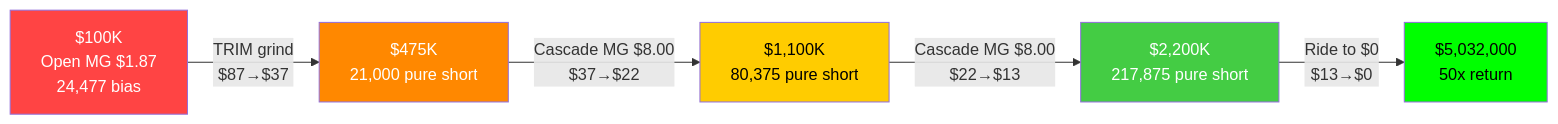
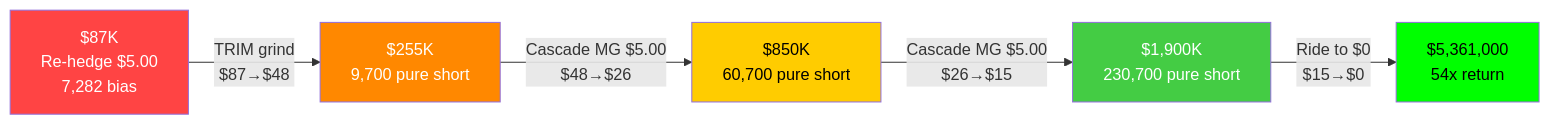
One commit to TyphooN-/MarketWizardry.org changed the diagram in blog/03262026-BBUD-Blissfully-Bankrupt-Unicorn-Destruction.md. Above: the diagram before and after it, drawn with Mermaid. The commit also changed other lines of this file, not shown here.

Commit message:
BBUD blog: PROTECT event, re-hedge at $5.00, cascade updated $87K→$5.4M (54x), 230,700 final lots

````diff
--- a/blog/03262026-BBUD-Blissfully-Bankrupt-Unicorn-Destruction.md
+++ b/blog/03262026-BBUD-Blissfully-Bankrupt-Unicorn-Destruction.md
@@ -245,12 +254,12 @@
 ```mermaid
 graph LR
-    A["$100K<br/>Open MG $1.87<br/>24,477 bias"] -->|"TRIM grind<br/>$87→$37"| B["$475K<br/>21,000 pure short"]
-    B -->|"Cascade MG $8.00<br/>$37→$22"| C["$1,100K<br/>80,375 pure short"]
-    C -->|"Cascade MG $8.00<br/>$22→$13"| D["$2,200K<br/>217,875 pure short"]
-    D -->|"Ride to $0<br/>$13→$0"| E["$5,032,000<br/>50x return"]
+    A["$87K<br/>Re-hedge $5.00<br/>7,282 bias"] -->|"TRIM grind<br/>$87→$48"| B["$255K<br/>9,700 pure short"]
+    B -->|"Cascade MG $5.00<br/>$48→$26"| C["$850K<br/>60,700 pure short"]
+    C -->|"Cascade MG $5.00<br/>$26→$15"| D["$1,900K<br/>230,700 pure short"]
+    D -->|"Ride to $0<br/>$15→$0"| E["$5,361,000<br/>54x return"]
     style A fill:#ff4444,color:#fff
     style B fill:#ff8800,color:#fff
     style C fill:#ffcc00,color:#000
     style D fill:#44cc44,color:#fff
     style E fill:#00ff00,color:#000
 ```
````
